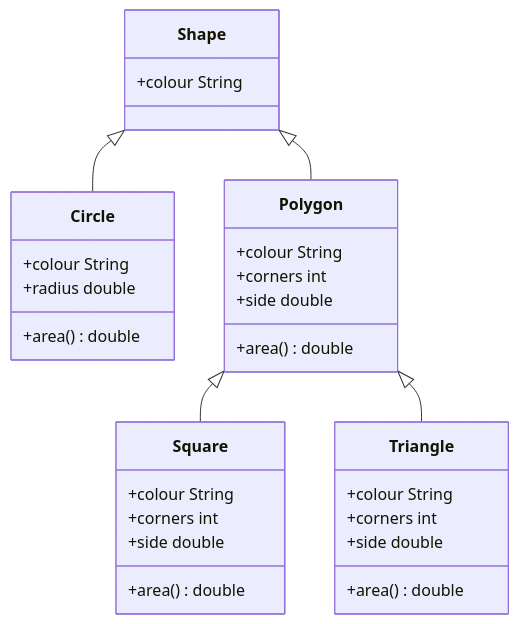
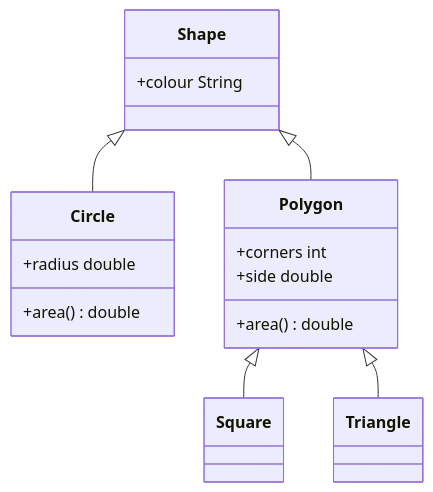
The third of 5 diagrams in COMP122/Lectures/Week 5/2021-03-08-1.md (bweston6/uol-cs-notes), drawn with Mermaid before and after one commit. The commit also changed other lines of this file and 2 other files, not shown here.

Commit message:
Fixing UML diagrams.

````diff
--- a/COMP122/Lectures/Week 5/2021-03-08-1.md
+++ b/COMP122/Lectures/Week 5/2021-03-08-1.md
@@ -66,29 +63,15 @@
 ```mermaid
 classDiagram
     Shape <|-- Circle
     Shape <|-- Polygon
     Shape: +colour String
-    Polygon: +colour String
     Polygon: +corners int
     Polygon: +side double
     Polygon: +area() double
     Polygon <|-- Square
     Polygon <|-- Triangle
     class Circle{
-    +colour String
     +radius double
     +area() double
     }
-    class Square{
-    +colour String
-    +corners int
-    +side double
-    +area() double
-    }
-    class Triangle{
-    +colour String
-    +corners int
-    +side double
-    +area() double
-    }
 ```
````
